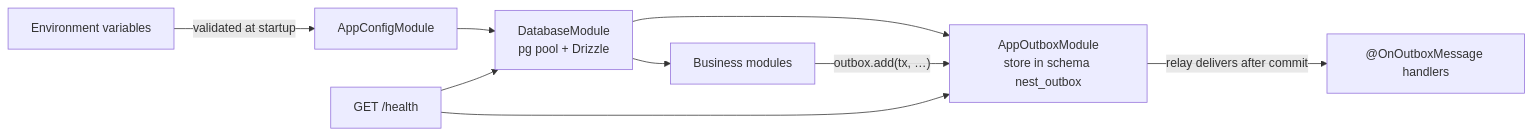
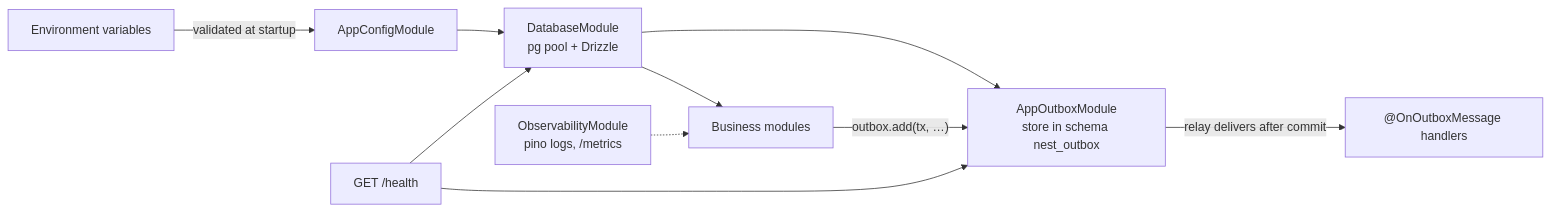
The diagram in docs/modules/platform/README.md (DevAgassi/flower-network), drawn with Mermaid before and after one commit. The commit also changed other lines of this file and 33 other files, not shown here.

First line of the commit message:
PLT-05: pino logs, OpenTelemetry tracing, Prometheus metrics

````diff
--- a/docs/modules/platform/README.md
+++ b/docs/modules/platform/README.md
@@ -27,11 +28,12 @@
 ```mermaid
 flowchart LR
   env[Environment variables] -->|validated at startup| config[AppConfigModule]
   config --> db[DatabaseModule<br/>pg pool + Drizzle]
   db --> outbox[AppOutboxModule<br/>store in schema nest_outbox]
   db --> modules[Business modules]
   modules -->|"outbox.add(tx, …)"| outbox
   outbox -->|relay delivers after commit| handlers["@OnOutboxMessage handlers"]
+  obs[ObservabilityModule<br/>pino logs, /metrics] -.-> modules
   health[GET /health] --> db
   health --> outbox
 ```
````
